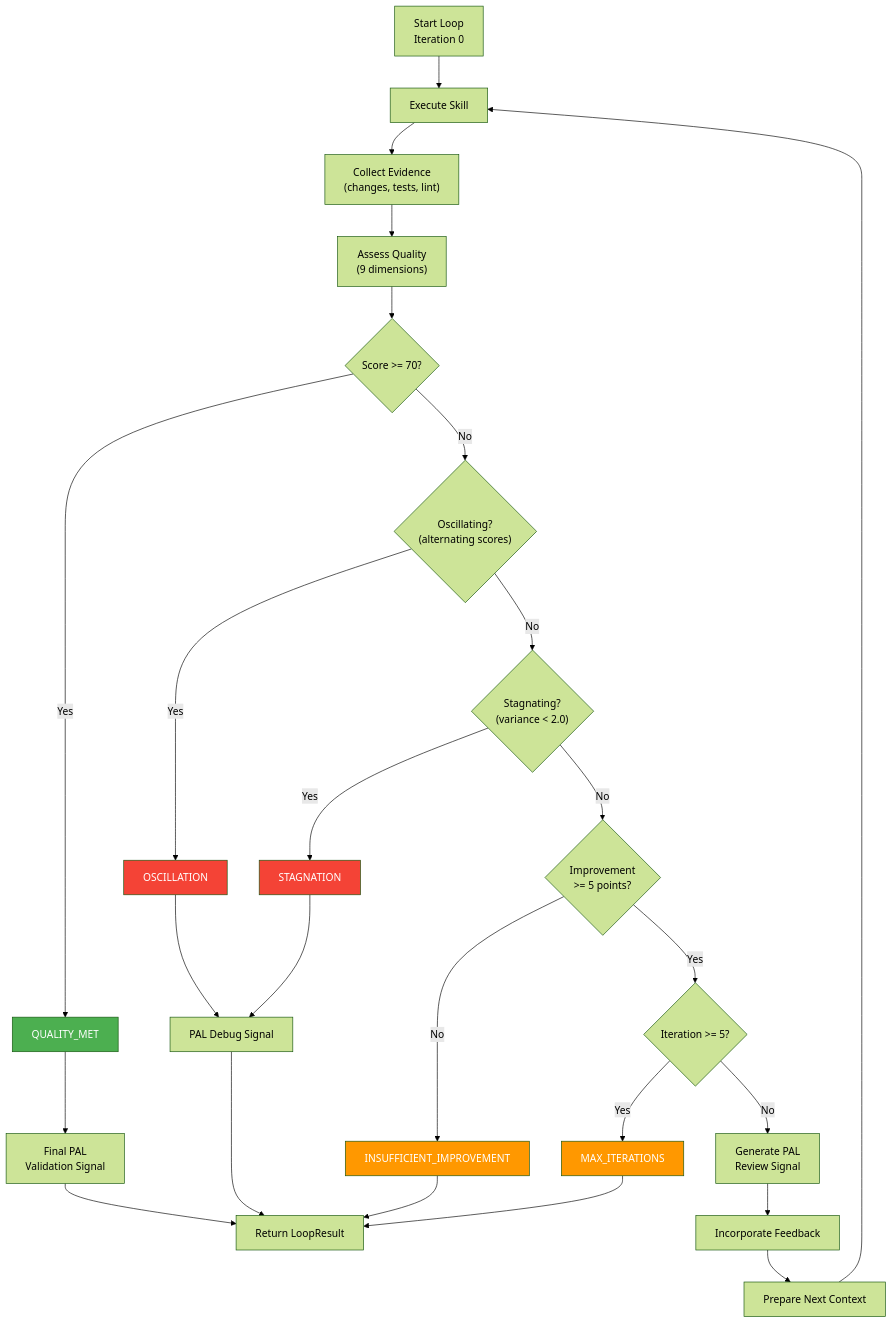
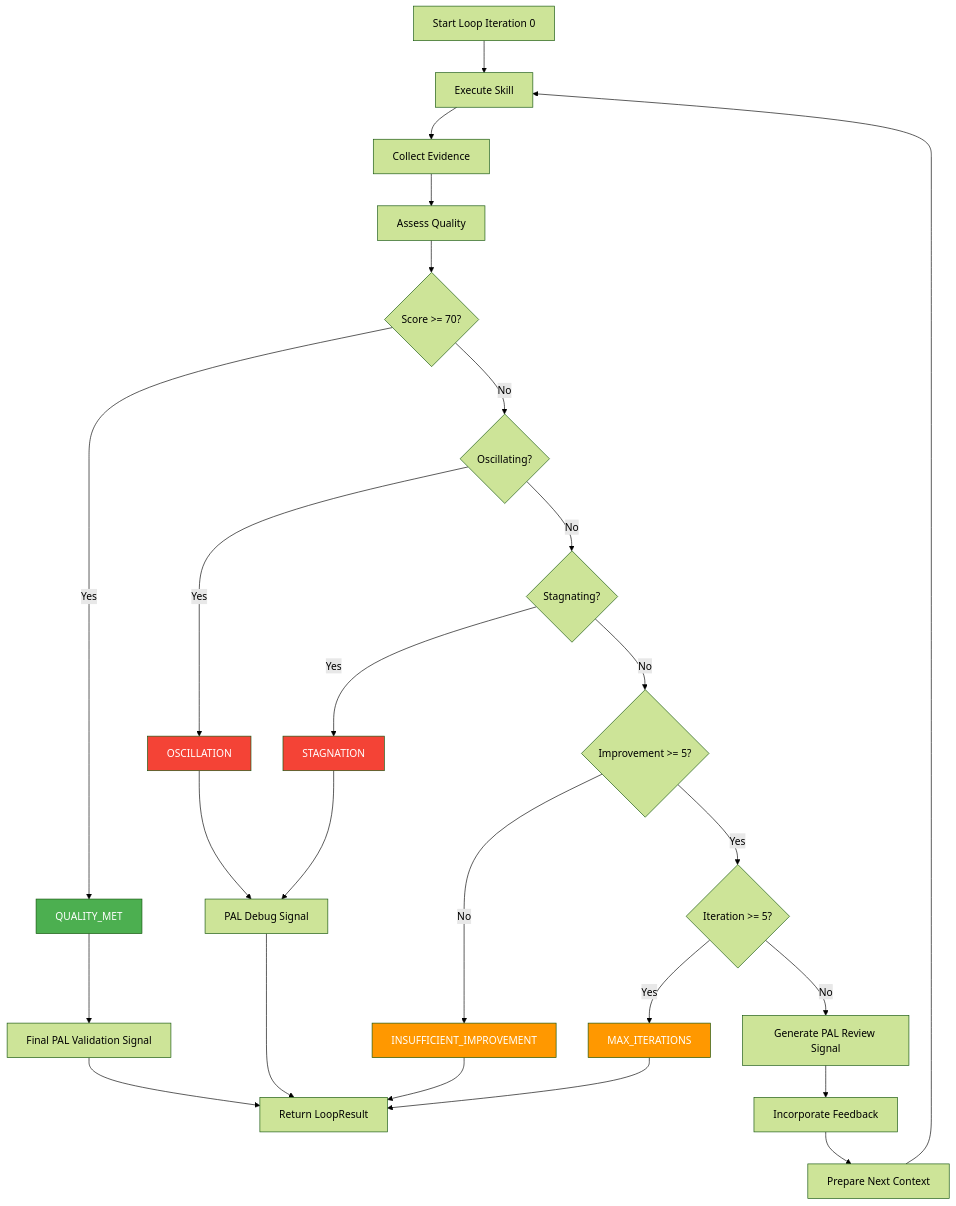
One commit to Tony363/SuperClaude changed the fifth of 9 diagrams in README.md. Above: the diagram before and after it, drawn with Mermaid (forest theme). The commit also changed other lines of this file, not shown here.

First line of the commit message:
fix(docs): resolve Mermaid diagram rendering errors (#40)

````diff
--- a/README.md
+++ b/README.md
@@ -578,40 +578,40 @@
 ```mermaid
 flowchart TD
-    START["Start Loop<br/>Iteration 0"] --> EXEC["Execute Skill"]
-    EXEC --> EVIDENCE["Collect Evidence<br/>(changes, tests, lint)"]
-    EVIDENCE --> ASSESS["Assess Quality<br/>(9 dimensions)"]
+    START["Start Loop Iteration 0"] --> EXEC["Execute Skill"]
+    EXEC --> EVIDENCE["Collect Evidence"]
+    EVIDENCE --> ASSESS["Assess Quality"]
     ASSESS --> SCORE{"Score >= 70?"}
 
     SCORE -->|"Yes"| QUALITY_MET["QUALITY_MET"]
-    SCORE -->|"No"| OSC{"Oscillating?<br/>(alternating scores)"}
+    SCORE -->|"No"| OSC{"Oscillating?"}
 
     OSC -->|"Yes"| OSCILLATION["OSCILLATION"]
-    OSC -->|"No"| STAG{"Stagnating?<br/>(variance < 2.0)"}
+    OSC -->|"No"| STAG{"Stagnating?"}
 
     STAG -->|"Yes"| STAGNATION["STAGNATION"]
-    STAG -->|"No"| IMPROV{"Improvement<br/>>= 5 points?"}
+    STAG -->|"No"| IMPROV{"Improvement >= 5?"}
 
     IMPROV -->|"No"| INSUFFICIENT["INSUFFICIENT_IMPROVEMENT"]
     IMPROV -->|"Yes"| MAX{"Iteration >= 5?"}
 
     MAX -->|"Yes"| MAX_ITER["MAX_ITERATIONS"]
-    MAX -->|"No"| PAL["Generate PAL<br/>Review Signal"]
+    MAX -->|"No"| PAL["Generate PAL Review Signal"]
     PAL --> FEEDBACK["Incorporate Feedback"]
     FEEDBACK --> NEXT["Prepare Next Context"]
     NEXT --> EXEC
 
-    QUALITY_MET --> FINAL["Final PAL<br/>Validation Signal"]
+    QUALITY_MET --> FINAL["Final PAL Validation Signal"]
     OSCILLATION --> DEBUG["PAL Debug Signal"]
     STAGNATION --> DEBUG
 
     FINAL --> DONE["Return LoopResult"]
     DEBUG --> DONE
     MAX_ITER --> DONE
     INSUFFICIENT --> DONE
 
     style QUALITY_MET fill:#4caf50,color:#fff
     style MAX_ITER fill:#ff9800,color:#fff
     style OSCILLATION fill:#f44336,color:#fff
     style STAGNATION fill:#f44336,color:#fff
     style INSUFFICIENT fill:#ff9800,color:#fff
 ```
````
